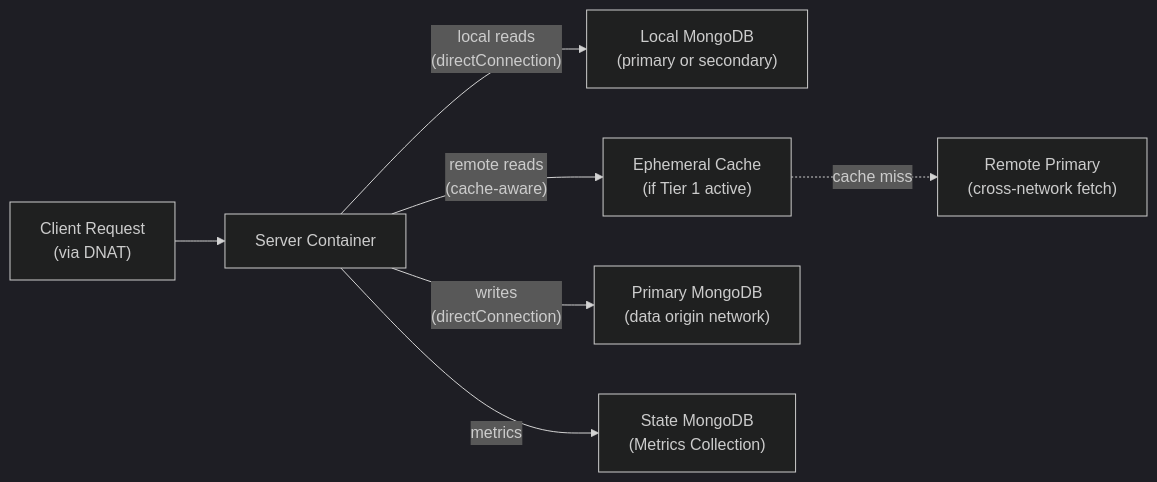
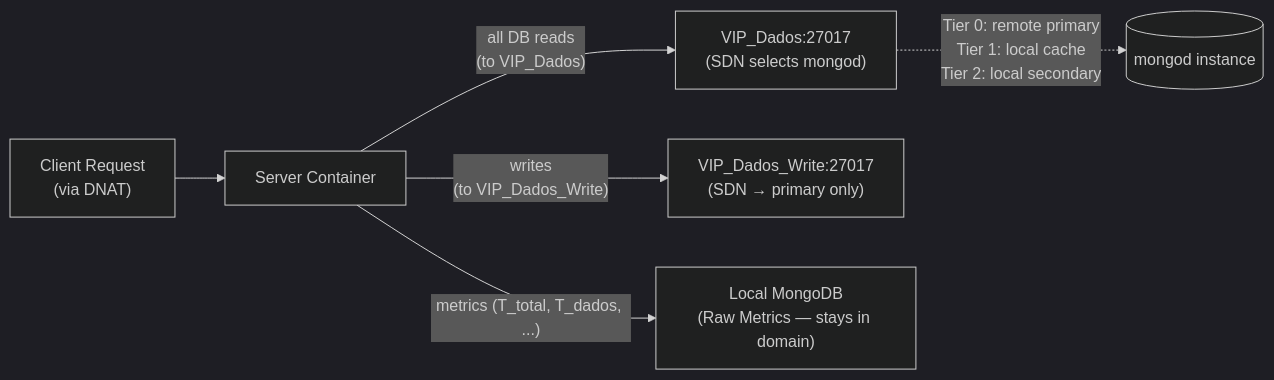
The seventh of 7 diagrams in docs/operation/system_mechanisms.md (poioe20p/efficient-storage-in-edge-scenarios), drawn with Mermaid (dark theme) before and after one commit. The commit also changed other lines of this file and 44 other files, not shown here.

Commit message:
can dynamically add server or storage nodes to either network

````diff
--- a/docs/operation/system_mechanisms.md
+++ b/docs/operation/system_mechanisms.md
@@ -631,9 +273,8 @@
 ```mermaid
 graph LR
     Client["Client Request<br/>(via DNAT)"] --> Server["Server Container"]
-    Server -->|"local reads<br/>(directConnection)"| ReadMongo["Local MongoDB<br/>(primary or secondary)"]
-    Server -->|"remote reads<br/>(cache-aware)"| CacheMongo["Ephemeral Cache<br/>(if Tier 1 active)"]
-    CacheMongo -.->|"cache miss"| RemotePrimary["Remote Primary<br/>(cross-network fetch)"]
-    Server -->|"writes<br/>(directConnection)"| WriteMongo["Primary MongoDB<br/>(data origin network)"]
-    Server -->|"metrics"| StateMongo["State MongoDB<br/>(Metrics Collection)"]
+    Server -->|"all DB reads<br/>(to VIP_Dados)"| VIPd["VIP_Dados:27017<br/>(SDN selects mongod)"]
+    VIPd -.->|"Tier 0: remote primary<br/>Tier 1: local cache<br/>Tier 2: local secondary"| Mongo[("mongod instance")]
+    Server -->|"writes<br/>(to VIP_Dados_Write)"| VIPdw["VIP_Dados_Write:27017<br/>(SDN → primary only)"]
+    Server -->|"metrics (T_total, T_dados, ...)"| LocalMongo["Local MongoDB<br/>(Raw Metrics — stays in domain)"]
 ```
````
